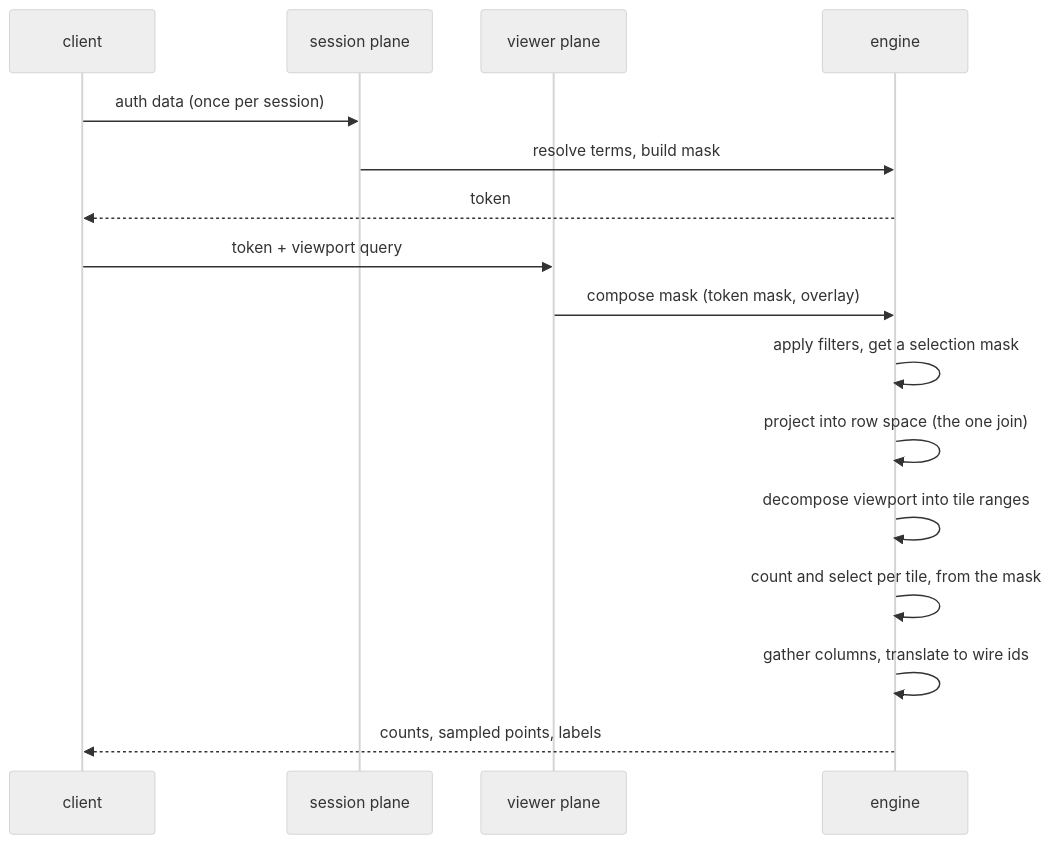
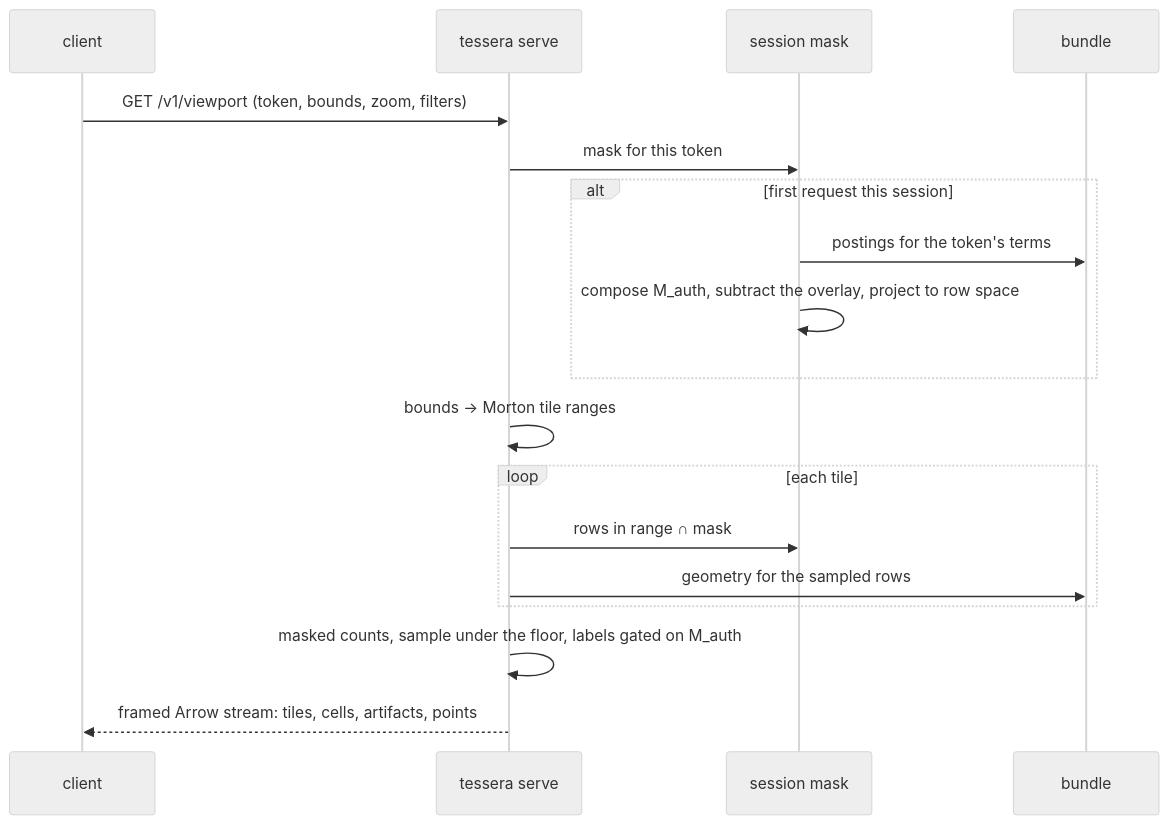
One commit to jennis0/tesseradb changed the second of 4 diagrams in docs/system/overview.md. Above: the diagram before and after it, drawn with Mermaid (neutral theme). The commit also changed other lines of this file, not shown here.

Commit message:
docs(system): overview leads with the map at scale; control plane named as served; diagrams redrawn

````diff
--- a/docs/system/overview.md
+++ b/docs/system/overview.md
@@ -136,18 +147,21 @@
 ```mermaid
 sequenceDiagram
-    participant C as client
-    participant Sess as session plane
-    participant View as viewer plane
-    participant Eng as engine
-    C->>Sess: auth data (once per session)
-    Sess->>Eng: resolve terms, build mask
-    Eng-->>C: token
-    C->>View: token + viewport query
-    View->>Eng: compose mask (token mask, overlay)
-    Eng->>Eng: apply filters, get a selection mask
-    Eng->>Eng: project into row space (the one join)
-    Eng->>Eng: decompose viewport into tile ranges
-    Eng->>Eng: count and select per tile, from the mask
-    Eng->>Eng: gather columns, translate to wire ids
-    Eng-->>C: counts, sampled points, labels
+  participant C as client
+  participant S as tessera serve
+  participant M as session mask
+  participant B as bundle
+
+  C->>S: GET /v1/viewport (token, bounds, zoom, filters)
+  S->>M: mask for this token
+  alt first request this session
+    M->>B: postings for the token's terms
+    M->>M: compose M_auth, subtract the overlay, project to row space
+  end
+  S->>S: bounds → Morton tile ranges
+  loop each tile
+    S->>M: rows in range ∩ mask
+    S->>B: geometry for the sampled rows
+  end
+  S->>S: masked counts, sample under the floor, labels gated on M_auth
+  S-->>C: framed Arrow stream: tiles, cells, artifacts, points
 ```
````
